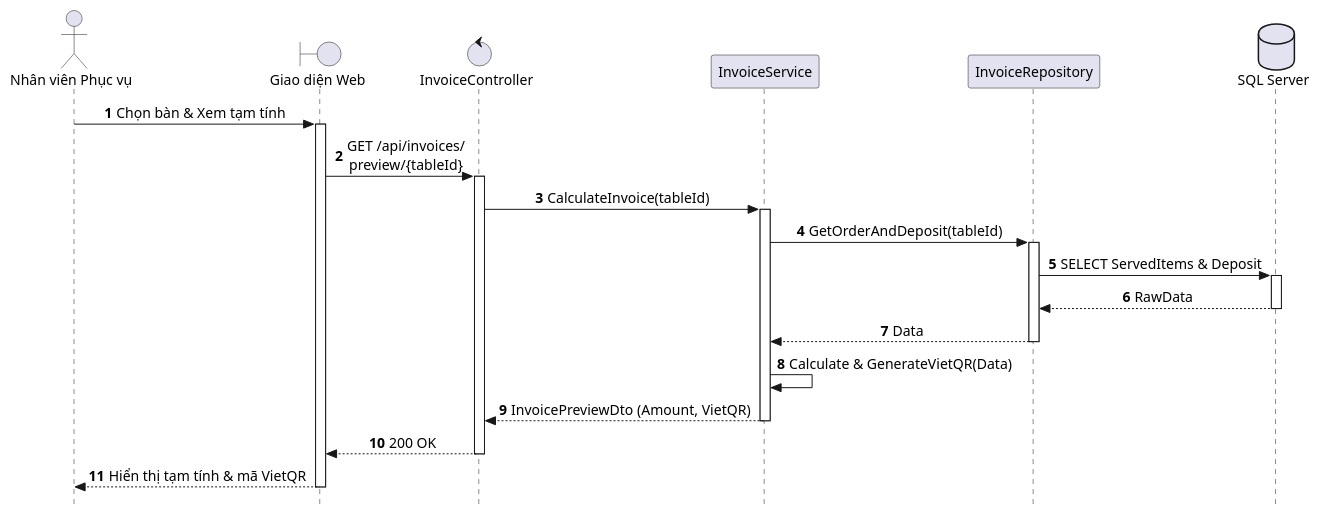
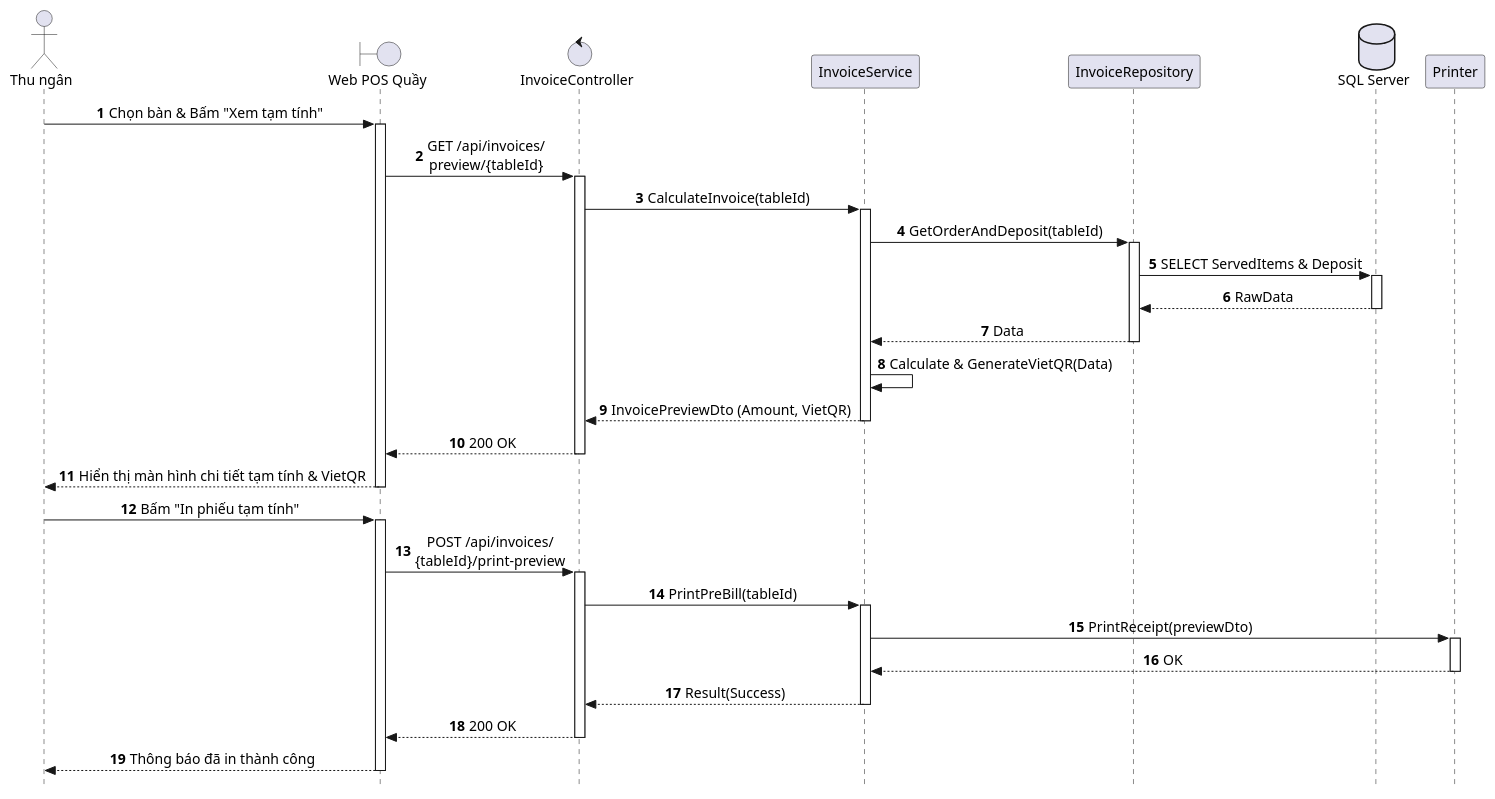
Before and after one commit to AndrewQng/VinDining: the diagram in docs/puml/sequences/SD_UC_E3_1_Preview_Invoice.puml, drawn with PlantUML. The commit also changed 74 other files, not shown here.

Commit message:
docs: add phase 1 documentation, drawio diagrams, and sequence puml files

```diff
--- a/docs/puml/sequences/SD_UC_E3_1_Preview_Invoice.puml
+++ b/docs/puml/sequences/SD_UC_E3_1_Preview_Invoice.puml
@@ -1,45 +1,69 @@
 @startuml SD_UC_E3_1_Preview_Invoice
 autonumber
 skinparam style strictuml
 skinparam sequenceMessageAlign center
 skinparam responseMessageBelowArrow true
 skinparam defaultFontName "Segoe UI", Arial, sans-serif
 skinparam defaultFontSize 14
 
-actor "Nhân viên Phục vụ" as Waitstaff
-boundary "Giao diện Web" as UI
+actor "Thu ngân" as Cashier
+boundary "Web POS Quầy" as WebPOS
 control "InvoiceController" as Controller
 participant "InvoiceService" as Service
 participant "InvoiceRepository" as Repo
 database "SQL Server" as DB
+participant "Printer" as Printer
 
-Waitstaff -> UI: Chọn bàn & Xem tạm tính
-activate UI
+Cashier -> WebPOS: Chọn bàn & Bấm "Xem tạm tính"
+activate WebPOS
 
-UI -> Controller: GET /api/invoices/\npreview/{tableId}
+WebPOS -> Controller: GET /api/invoices/\npreview/{tableId}
 activate Controller
 
 Controller -> Service: CalculateInvoice(tableId)
 activate Service
 
 Service -> Repo: GetOrderAndDeposit(tableId)
 activate Repo
 Repo -> DB: SELECT ServedItems & Deposit
 activate DB
 DB --> Repo: RawData
 deactivate DB
 Repo --> Service: Data
 deactivate Repo
 
 Service -> Service: Calculate & GenerateVietQR(Data)
 
 Service --> Controller: InvoicePreviewDto (Amount, VietQR)
 deactivate Service
 
-Controller --> UI: 200 OK
+Controller --> WebPOS: 200 OK
 deactivate Controller
 
-UI --> Waitstaff: Hiển thị tạm tính & mã VietQR
-deactivate UI
+WebPOS --> Cashier: Hiển thị màn hình chi tiết tạm tính & VietQR
+deactivate WebPOS
+
+Cashier -> WebPOS: Bấm "In phiếu tạm tính"
+activate WebPOS
+
+WebPOS -> Controller: POST /api/invoices/\n{tableId}/print-preview
+activate Controller
+
+Controller -> Service: PrintPreBill(tableId)
+activate Service
+
+Service -> Printer: PrintReceipt(previewDto)
+activate Printer
+Printer --> Service: OK
+deactivate Printer
+
+Service --> Controller: Result(Success)
+deactivate Service
+
+Controller --> WebPOS: 200 OK
+deactivate Controller
+
+WebPOS --> Cashier: Thông báo đã in thành công
+deactivate WebPOS
 
 @enduml
```
